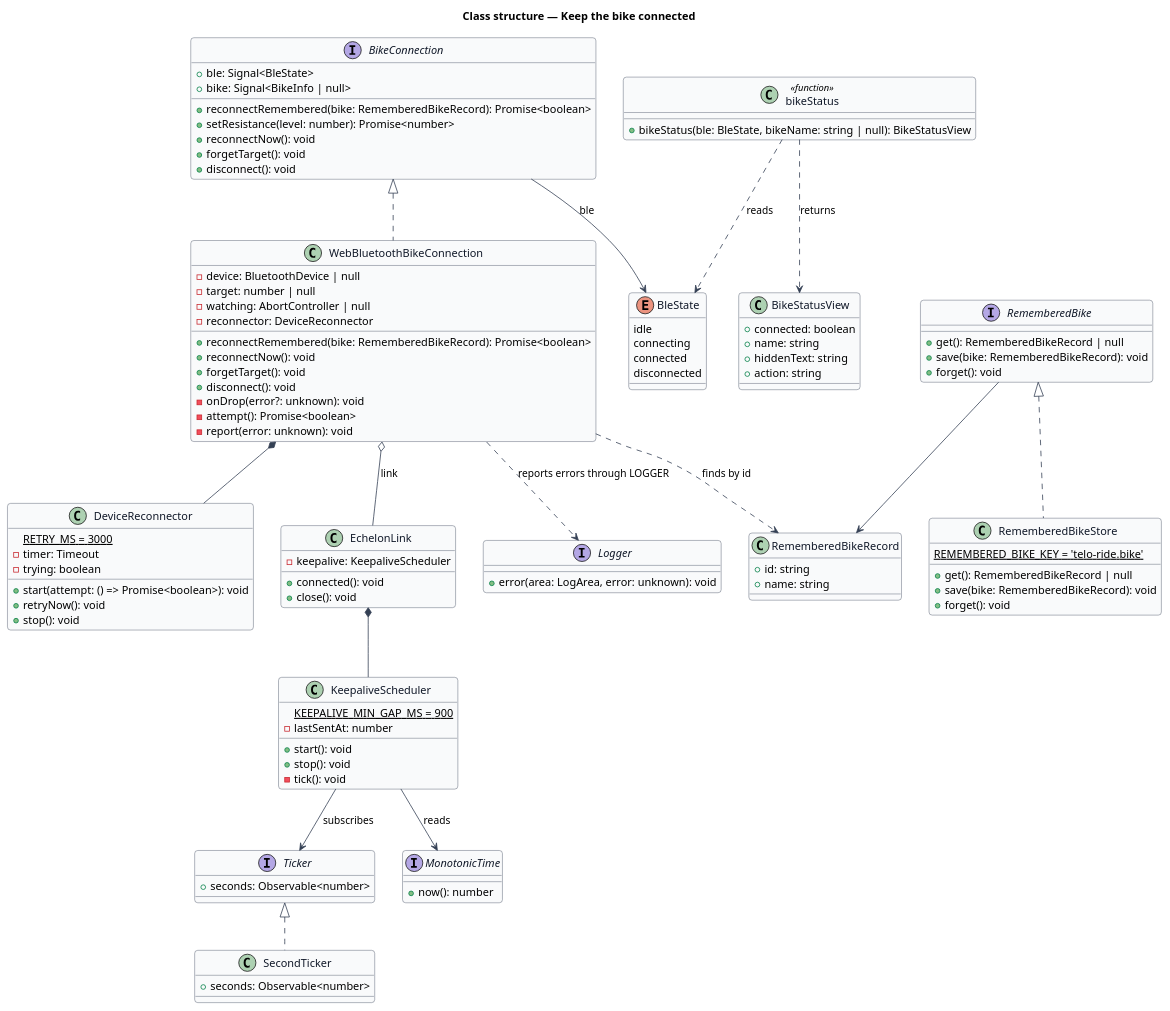
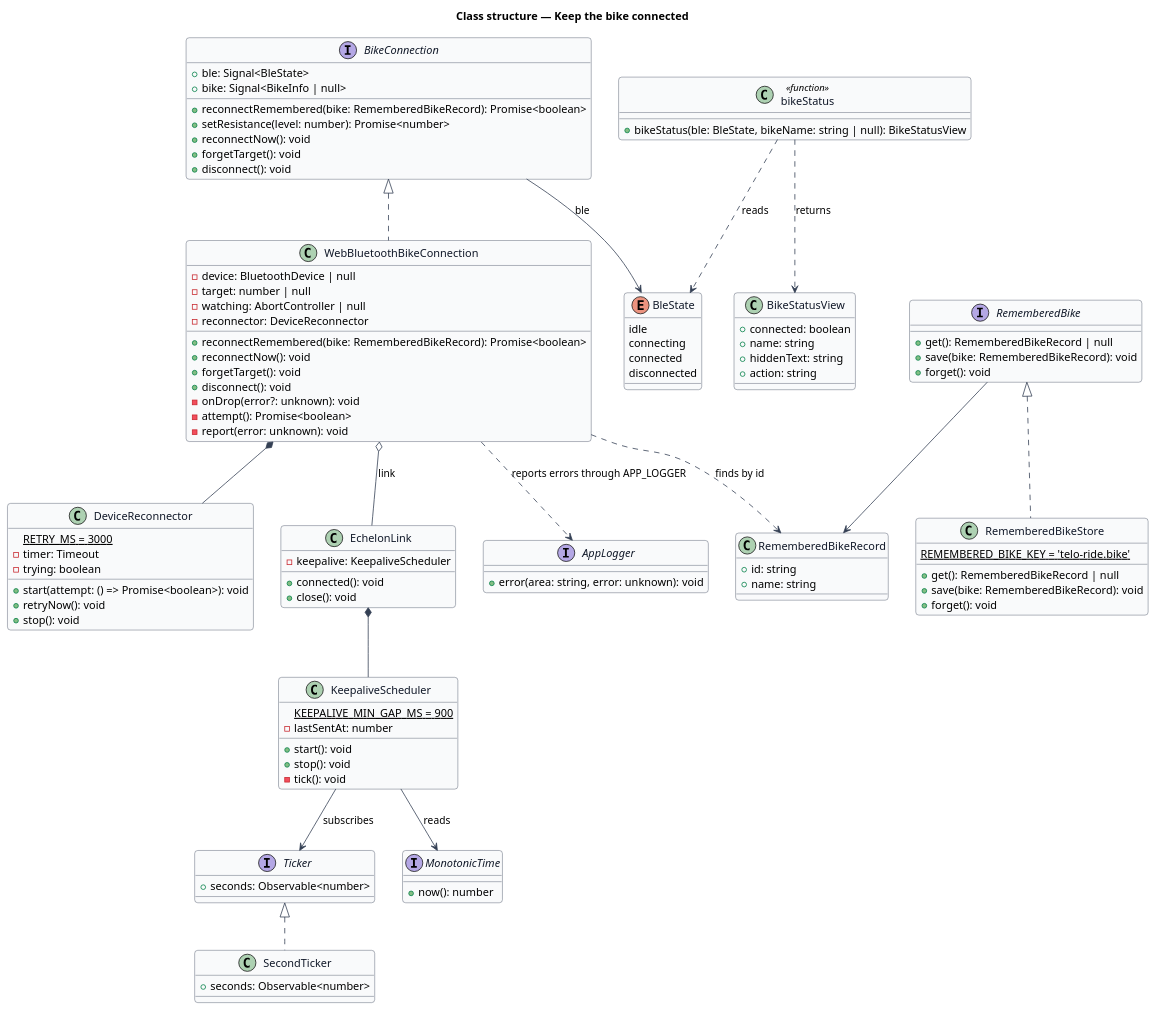
The diagram in docs/detailed-designs/bike/keep-the-bike-connected/diagrams/class-structure.puml (QuinntyneBrown/ride-one), drawn with PlantUML before and after one commit. The commit also changed 45 other files, not shown here.

```diff
--- a/docs/detailed-designs/bike/keep-the-bike-connected/diagrams/class-structure.puml
+++ b/docs/detailed-designs/bike/keep-the-bike-connected/diagrams/class-structure.puml
@@ -1,128 +1,128 @@
 @startuml
 ' --- shared skin header ---
 skinparam backgroundColor #FFFFFF
 skinparam shadowing false
 skinparam roundcorner 8
 skinparam defaultFontName Arial
 skinparam ArrowColor #344054
 skinparam class {
   BorderColor #344054
   FontColor #101828
   BackgroundColor #F9FAFB
 }
 ' --------------------------
 title Class structure — Keep the bike connected
 
 interface BikeConnection {
   +ble: Signal<BleState>
   +bike: Signal<BikeInfo | null>
   +reconnectRemembered(bike: RememberedBikeRecord): Promise<boolean>
   +setResistance(level: number): Promise<number>
   +reconnectNow(): void
   +forgetTarget(): void
   +disconnect(): void
 }
 enum BleState {
   idle
   connecting
   connected
   disconnected
 }
 
 class WebBluetoothBikeConnection {
   -device: BluetoothDevice | null
   -target: number | null
   -watching: AbortController | null
   -reconnector: DeviceReconnector
   +reconnectRemembered(bike: RememberedBikeRecord): Promise<boolean>
   +reconnectNow(): void
   +forgetTarget(): void
   +disconnect(): void
   -onDrop(error?: unknown): void
   -attempt(): Promise<boolean>
   -report(error: unknown): void
 }
 
 class DeviceReconnector {
   {static} RETRY_MS = 3000
   -timer: Timeout
   -trying: boolean
   +start(attempt: () => Promise<boolean>): void
   +retryNow(): void
   +stop(): void
 }
 
 class EchelonLink {
   -keepalive: KeepaliveScheduler
   +connected(): void
   +close(): void
 }
 
 class KeepaliveScheduler {
   {static} KEEPALIVE_MIN_GAP_MS = 900
   -lastSentAt: number
   +start(): void
   +stop(): void
   -tick(): void
 }
 
 interface Ticker {
   +seconds: Observable<number>
 }
 
 interface MonotonicTime {
   +now(): number
 }
 
 class SecondTicker {
   +seconds: Observable<number>
 }
 
 interface RememberedBike {
   +get(): RememberedBikeRecord | null
   +save(bike: RememberedBikeRecord): void
   +forget(): void
 }
 
 class RememberedBikeRecord {
   +id: string
   +name: string
 }
 
 class RememberedBikeStore {
   {static} REMEMBERED_BIKE_KEY = 'telo-ride.bike'
   +get(): RememberedBikeRecord | null
   +save(bike: RememberedBikeRecord): void
   +forget(): void
 }
 
 class BikeStatusView {
   +connected: boolean
   +name: string
   +hiddenText: string
   +action: string
 }
 
 class "bikeStatus" as bikeStatus <<function>> {
   +bikeStatus(ble: BleState, bikeName: string | null): BikeStatusView
 }
 
-interface Logger {
-  +error(area: LogArea, error: unknown): void
+interface AppLogger {
+  +error(area: string, error: unknown): void
 }
 
 BikeConnection <|.. WebBluetoothBikeConnection
 BikeConnection --> BleState : ble
 WebBluetoothBikeConnection *-- DeviceReconnector
 WebBluetoothBikeConnection o-- EchelonLink : link
-WebBluetoothBikeConnection ..> Logger : reports errors through LOGGER
+WebBluetoothBikeConnection ..> AppLogger : reports errors through APP_LOGGER
 WebBluetoothBikeConnection ..> RememberedBikeRecord : finds by id
 EchelonLink *-- KeepaliveScheduler
 KeepaliveScheduler --> Ticker : subscribes
 KeepaliveScheduler --> MonotonicTime : reads
 Ticker <|.. SecondTicker
 RememberedBike <|.. RememberedBikeStore
 RememberedBike --> RememberedBikeRecord
 bikeStatus ..> BleState : reads
 bikeStatus ..> BikeStatusView : returns
 @enduml
```
